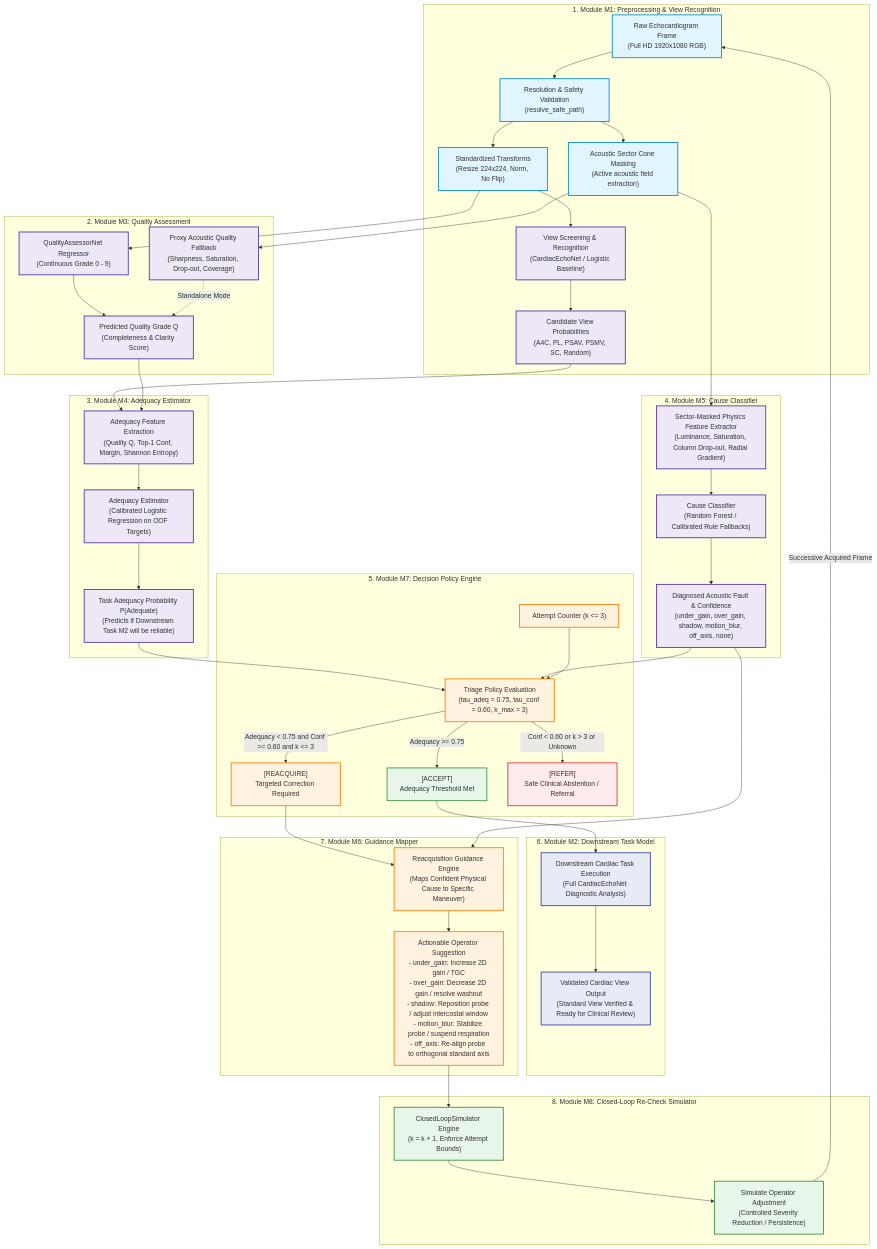
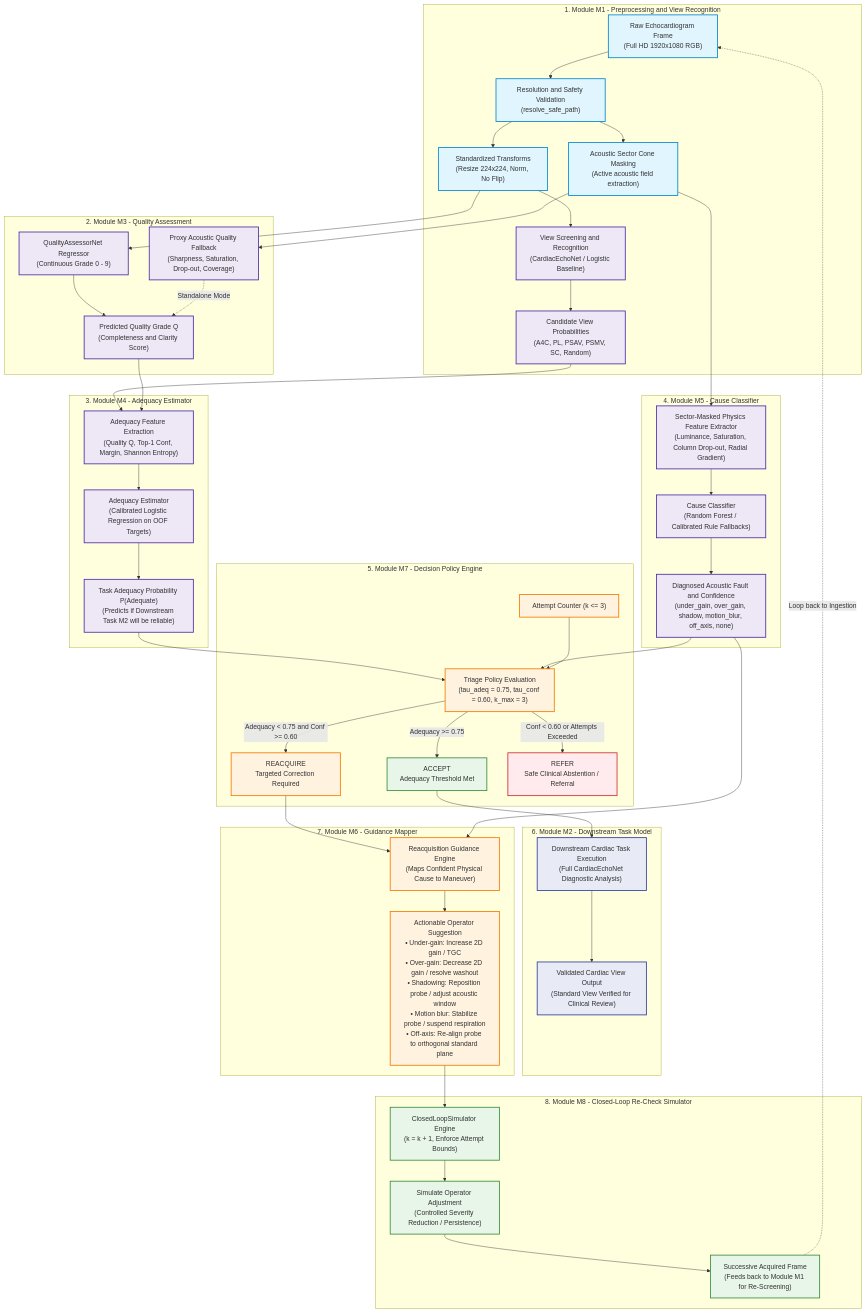
Before and after one commit to AniveshGuptaOfficial/Self_Check_Ultrasound: the diagram in README.md, drawn with Mermaid.

Commit message:
fix(docs): resolve Mermaid syntax and Dagre layout rendering errors in Section 3.2

````diff
--- a/README.md
+++ b/README.md
@@ -59,32 +59,32 @@
 ```mermaid
 flowchart TD
     %% Styling Definitions
-    classDef input fill:#e1f5fe,stroke:#0288d1,stroke-width:2px;
-    classDef model fill:#ede7f6,stroke:#512da8,stroke-width:2px;
-    classDef policy fill:#fff3e0,stroke:#f57c00,stroke-width:2px;
-    classDef downstream fill:#e8eaf6,stroke:#303f9f,stroke-width:2px;
-    classDef action fill:#e8f5e9,stroke:#388e3c,stroke-width:2px;
-    classDef danger fill:#ffebee,stroke:#d32f2f,stroke-width:2px;
+    classDef input fill:#e1f5fe,stroke:#0288d1,stroke-width:2px
+    classDef model fill:#ede7f6,stroke:#512da8,stroke-width:2px
+    classDef policy fill:#fff3e0,stroke:#f57c00,stroke-width:2px
+    classDef downstream fill:#e8eaf6,stroke:#303f9f,stroke-width:2px
+    classDef action fill:#e8f5e9,stroke:#388e3c,stroke-width:2px
+    classDef danger fill:#ffebee,stroke:#d32f2f,stroke-width:2px
 
-    %% S1: Ingestion & Preprocessing (M1)
-    subgraph S1["1. Module M1: Preprocessing & View Recognition"]
-        RAW["Raw Echocardiogram Frame<br/>(Full HD 1920x1080 RGB)"] --> VAL["Resolution & Safety Validation<br/>(resolve_safe_path)"]
+    %% S1: Ingestion and Preprocessing (M1)
+    subgraph S1["1. Module M1 - Preprocessing and View Recognition"]
+        RAW["Raw Echocardiogram Frame<br/>(Full HD 1920x1080 RGB)"] --> VAL["Resolution and Safety Validation<br/>(resolve_safe_path)"]
         VAL --> SECTOR["Acoustic Sector Cone Masking<br/>(Active acoustic field extraction)"]
         VAL --> PREPROC["Standardized Transforms<br/>(Resize 224x224, Norm, No Flip)"]
-        PREPROC --> M1_VIEW["View Screening & Recognition<br/>(CardiacEchoNet / Logistic Baseline)"]
+        PREPROC --> M1_VIEW["View Screening and Recognition<br/>(CardiacEchoNet / Logistic Baseline)"]
         M1_VIEW --> VPROB["Candidate View Probabilities<br/>(A4C, PL, PSAV, PSMV, SC, Random)"]
     end
 
     %% S2: Quality Assessment (M3)
-    subgraph S2["2. Module M3: Quality Assessment"]
+    subgraph S2["2. Module M3 - Quality Assessment"]
         PREPROC --> M3["QualityAssessorNet Regressor<br/>(Continuous Grade 0 - 9)"]
         SECTOR --> PROXY_Q["Proxy Acoustic Quality Fallback<br/>(Sharpness, Saturation, Drop-out, Coverage)"]
-        M3 --> QSCORE["Predicted Quality Grade Q<br/>(Completeness & Clarity Score)"]
+        M3 --> QSCORE["Predicted Quality Grade Q<br/>(Completeness and Clarity Score)"]
         PROXY_Q -.->|Standalone Mode| QSCORE
     end
 
     %% S3: Task Adequacy Estimation (M4)
-    subgraph S3["3. Module M4: Adequacy Estimator"]
+    subgraph S3["3. Module M4 - Adequacy Estimator"]
         VPROB --> FEAT_ADEQ["Adequacy Feature Extraction<br/>(Quality Q, Top-1 Conf, Margin, Shannon Entropy)"]
         QSCORE --> FEAT_ADEQ
         FEAT_ADEQ --> M4["Adequacy Estimator<br/>(Calibrated Logistic Regression on OOF Targets)"]
@@ -92,51 +92,53 @@
     end
 
     %% S4: Acoustic Cause Classification (M5)
-    subgraph S4["4. Module M5: Cause Classifier"]
+    subgraph S4["4. Module M5 - Cause Classifier"]
         SECTOR --> FEAT_PHYS["Sector-Masked Physics Feature Extractor<br/>(Luminance, Saturation, Column Drop-out, Radial Gradient)"]
         FEAT_PHYS --> M5["Cause Classifier<br/>(Random Forest / Calibrated Rule Fallbacks)"]
-        M5 --> FAULT["Diagnosed Acoustic Fault & Confidence<br/>(under_gain, over_gain, shadow, motion_blur, off_axis, none)"]
+        M5 --> FAULT["Diagnosed Acoustic Fault and Confidence<br/>(under_gain, over_gain, shadow, motion_blur, off_axis, none)"]
     end
 
     %% S5: Decision Policy Engine (M7)
-    subgraph S5["5. Module M7: Decision Policy Engine"]
+    subgraph S5["5. Module M7 - Decision Policy Engine"]
         APROB --> M7["Triage Policy Evaluation<br/>(tau_adeq = 0.75, tau_conf = 0.60, k_max = 3)"]
         FAULT --> M7
         ATTEMPT["Attempt Counter (k <= 3)"] --> M7
 
-        M7 -->|"Adequacy >= 0.75"| ACT_ACCEPT["[ACCEPT]<br/>Adequacy Threshold Met"]
-        M7 -->|"Adequacy < 0.75 and Conf >= 0.60 and k <= 3"| ACT_REACQUIRE["[REACQUIRE]<br/>Targeted Correction Required"]
-        M7 -->|"Conf < 0.60 or k > 3 or Unknown"| ACT_REFER["[REFER]<br/>Safe Clinical Abstention / Referral"]
+        M7 -->|"Adequacy >= 0.75"| ACT_ACCEPT["ACCEPT<br/>Adequacy Threshold Met"]
+        M7 -->|"Adequacy < 0.75 and Conf >= 0.60"| ACT_REACQUIRE["REACQUIRE<br/>Targeted Correction Required"]
+        M7 -->|"Conf < 0.60 or Attempts Exceeded"| ACT_REFER["REFER<br/>Safe Clinical Abstention / Referral"]
     end
 
     %% S6: Downstream Task Model (M2)
-    subgraph S6["6. Module M2: Downstream Task Model"]
+    subgraph S6["6. Module M2 - Downstream Task Model"]
         ACT_ACCEPT --> M2["Downstream Cardiac Task Execution<br/>(Full CardiacEchoNet Diagnostic Analysis)"]
-        M2 --> CLINICAL_OUT["Validated Cardiac View Output<br/>(Standard View Verified & Ready for Clinical Review)"]
+        M2 --> CLINICAL_OUT["Validated Cardiac View Output<br/>(Standard View Verified for Clinical Review)"]
     end
 
     %% S7: Guidance Mapper (M6)
-    subgraph S7["7. Module M6: Guidance Mapper"]
-        ACT_REACQUIRE --> M6["Reacquisition Guidance Engine<br/>(Maps Confident Physical Cause to Specific Maneuver)"]
+    subgraph S7["7. Module M6 - Guidance Mapper"]
+        ACT_REACQUIRE --> M6["Reacquisition Guidance Engine<br/>(Maps Confident Physical Cause to Maneuver)"]
         FAULT --> M6
-        M6 --> SUGGEST["Actionable Operator Suggestion<br/>- under_gain: Increase 2D gain / TGC<br/>- over_gain: Decrease 2D gain / resolve washout<br/>- shadow: Reposition probe / adjust intercostal window<br/>- motion_blur: Stabilize probe / suspend respiration<br/>- off_axis: Re-align probe to orthogonal standard axis"]
+        M6 --> SUGGEST["Actionable Operator Suggestion<br/>• Under-gain: Increase 2D gain / TGC<br/>• Over-gain: Decrease 2D gain / resolve washout<br/>• Shadowing: Reposition probe / adjust acoustic window<br/>• Motion blur: Stabilize probe / suspend respiration<br/>• Off-axis: Re-align probe to orthogonal standard plane"]
     end
 
     %% S8: Closed-Loop Re-Check Simulation (M8)
-    subgraph S8["8. Module M8: Closed-Loop Re-Check Simulator"]
+    subgraph S8["8. Module M8 - Closed-Loop Re-Check Simulator"]
         SUGGEST --> M8["ClosedLoopSimulator Engine<br/>(k = k + 1, Enforce Attempt Bounds)"]
         M8 --> SIM_MANEUVER["Simulate Operator Adjustment<br/>(Controlled Severity Reduction / Persistence)"]
-        SIM_MANEUVER -->|Successive Acquired Frame| RAW
+        SIM_MANEUVER --> FEEDBACK["Successive Acquired Frame<br/>(Feeds back to Module M1 for Re-Screening)"]
     end
 
+    FEEDBACK -.->|Loop back to Ingestion| RAW
+
     %% Class Assignments
-    class RAW,VAL,SECTOR,PREPROC input;
-    class M1_VIEW,VPROB,M3,QSCORE,FEAT_ADEQ,M4,APROB,FEAT_PHYS,M5,FAULT,PROXY_Q model;
-    class M7,ATTEMPT policy;
-    class M2,CLINICAL_OUT downstream;
-    class M6,SUGGEST policy;
-    class M8,SIM_MANEUVER action;
-    class ACT_ACCEPT action;
-    class ACT_REACQUIRE policy;
-    class ACT_REFER danger;
+    class RAW,VAL,SECTOR,PREPROC input
+    class M1_VIEW,VPROB,M3,QSCORE,FEAT_ADEQ,M4,APROB,FEAT_PHYS,M5,FAULT,PROXY_Q model
+    class M7,ATTEMPT policy
+    class M2,CLINICAL_OUT downstream
+    class M6,SUGGEST policy
+    class M8,SIM_MANEUVER,FEEDBACK action
+    class ACT_ACCEPT action
+    class ACT_REACQUIRE policy
+    class ACT_REFER danger
 ```
````
